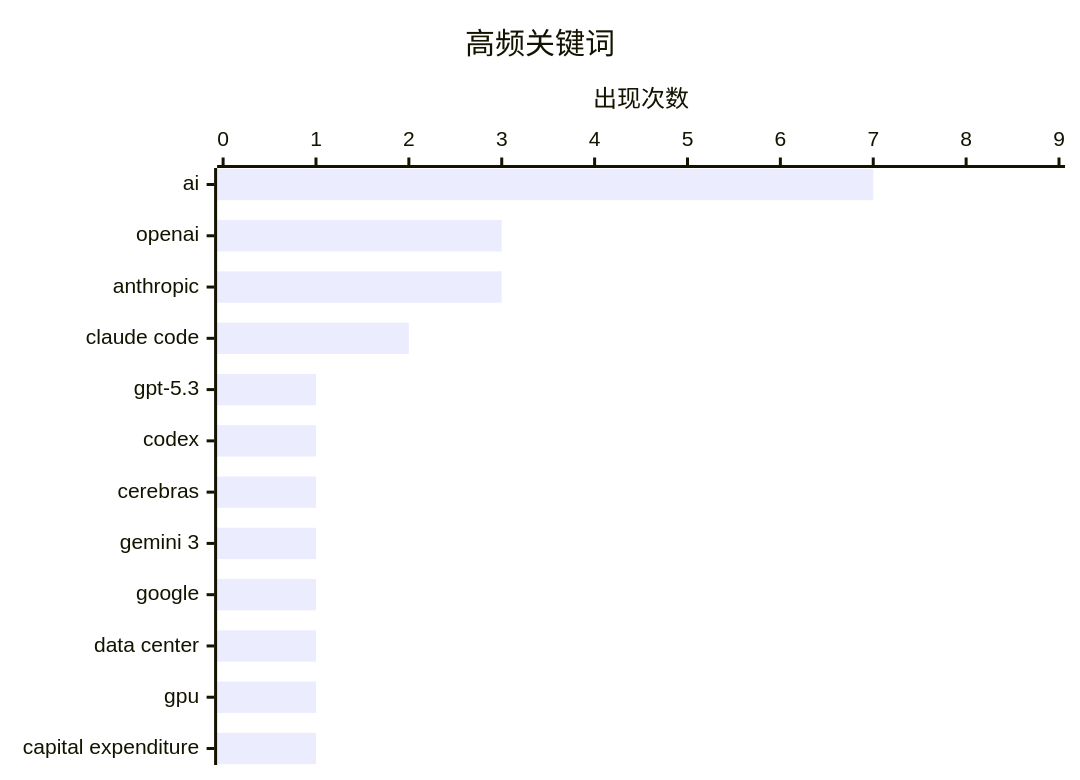
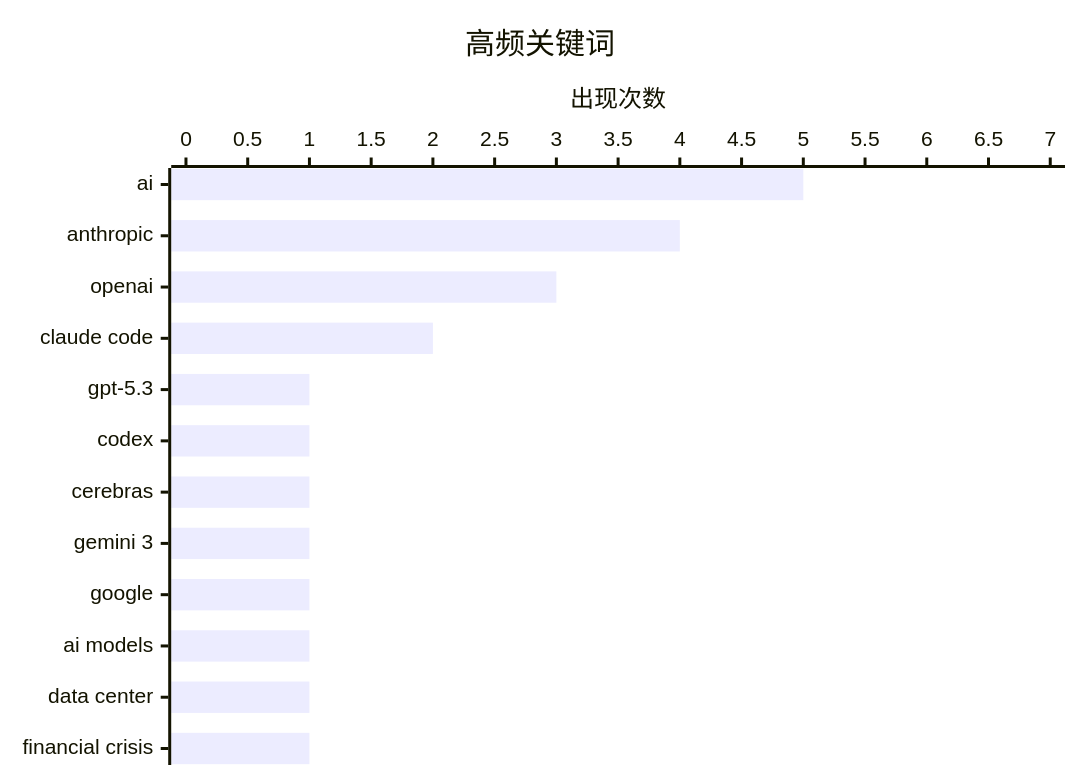
The second of 2 diagrams in digests/latest.md (0xEmberZz/daily-digest), drawn with Mermaid before and after one commit. The commit also changed other lines of this file and 3 other files, not shown here.

````diff
--- a/digests/latest.md
+++ b/digests/latest.md
@@ -63,7 +63,7 @@
 ```mermaid
 xychart-beta horizontal
     title "高频关键词"
-    x-axis ["ai", "openai", "anthropic", "claude code", "gpt-5.3", "codex", "cerebras", "gemini 3", "google", "data center", "gpu", "capital expenditure"]
-    y-axis "出现次数" 0 --> 9
-    bar [7, 3, 3, 2, 1, 1, 1, 1, 1, 1, 1, 1]
+    x-axis ["ai", "anthropic", "openai", "claude code", "gpt-5.3", "codex", "cerebras", "gemini 3", "google", "ai models", "data center", "financial crisis"]
+    y-axis "出现次数" 0 --> 7
+    bar [5, 4, 3, 2, 1, 1, 1, 1, 1, 1, 1, 1]
 ```
````
